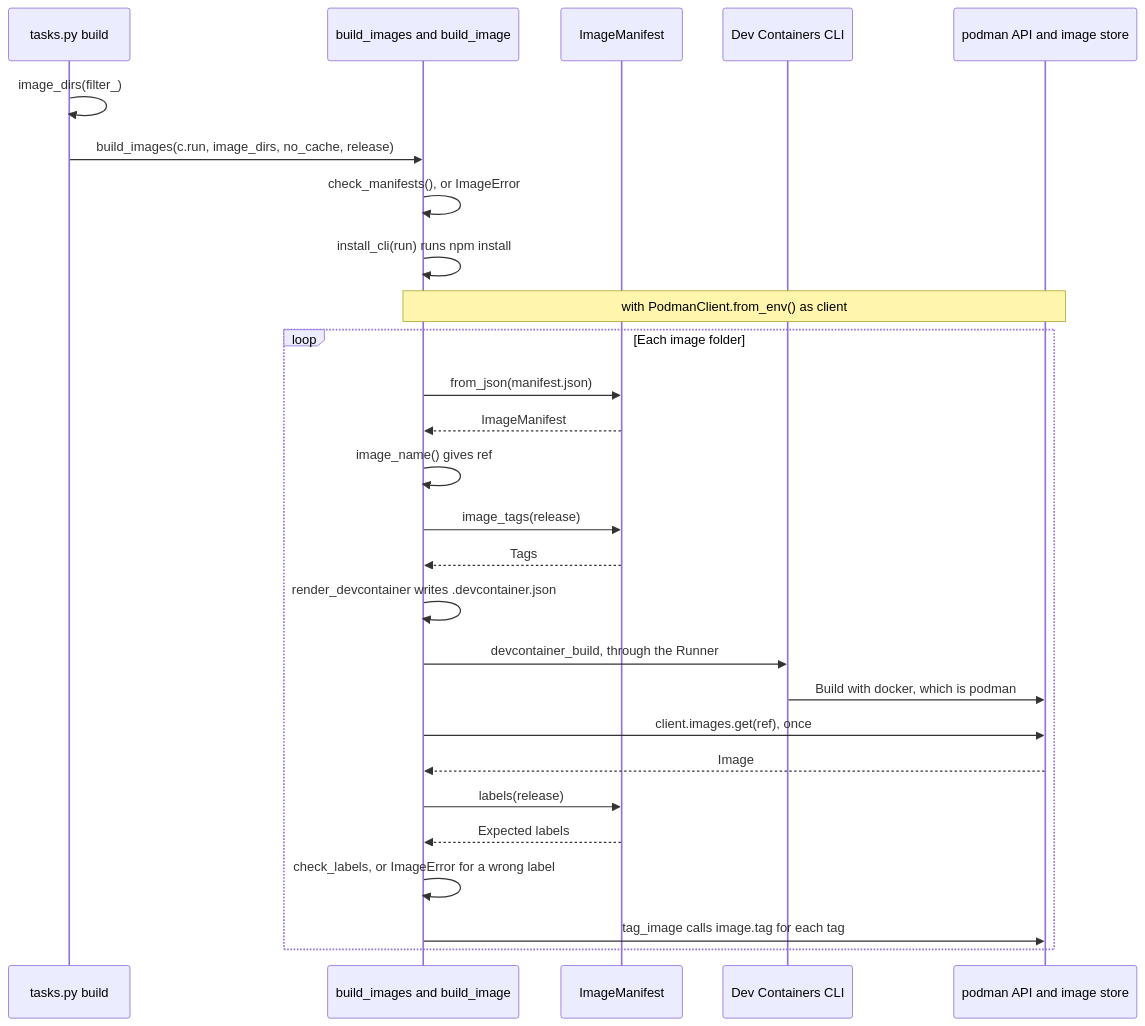
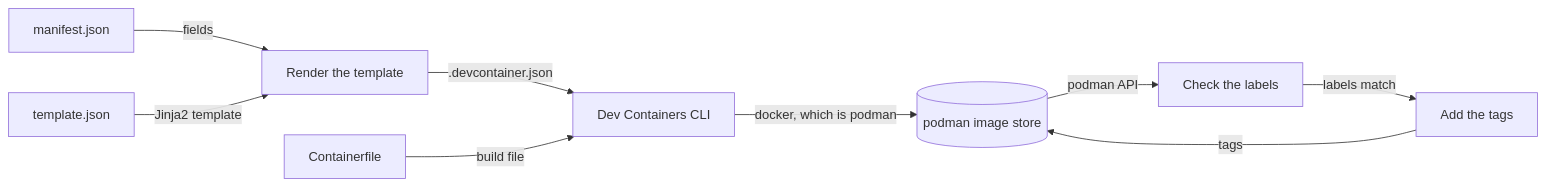
One commit to froazin/devcontainers changed the diagram in docs/images/builds.md. Above: the diagram before and after it, drawn with Mermaid. The commit also changed other lines of this file and 8 other files, not shown here.

````diff
--- a/docs/images/builds.md
+++ b/docs/images/builds.md
@@ -17,31 +16,13 @@
 ```mermaid
-sequenceDiagram
-    accTitle: Building and tagging the images
-    accDescr: The build task in tasks.py finds the image folders with image_dirs and calls build_images. build_images first runs check_manifests on every image. It then runs npm install through install_cli and opens one podman client in a with block. For each image folder, build_image loads the manifest and works out the image name and its tags, which end in -dev for a dev build. It renders .devcontainer.json and runs the Dev Containers CLI through the Runner. The CLI builds with docker, which is podman. build_image then gets the built image from podman once, checks its labels against the manifest's and tags it once for each tag.
-    participant task as tasks.py build
-    participant build as build_images and build_image
-    participant manifest as ImageManifest
-    participant cli as Dev Containers CLI
-    participant podman as podman API and image store
-    task->>task: image_dirs(filter_)
-    task->>build: build_images(c.run, image_dirs, no_cache, release)
-    build->>build: check_manifests(), or ImageError
-    build->>build: install_cli(run) runs npm install
-    Note over build,podman: with PodmanClient.from_env() as client
-    loop Each image folder
-        build->>manifest: from_json(manifest.json)
-        manifest-->>build: ImageManifest
-        build->>build: image_name() gives ref
-        build->>manifest: image_tags(release)
-        manifest-->>build: Tags
-        build->>build: render_devcontainer writes .devcontainer.json
-        build->>cli: devcontainer_build, through the Runner
-        cli->>podman: Build with docker, which is podman
-        build->>podman: client.images.get(ref), once
-        podman-->>build: Image
-        build->>manifest: labels(release)
-        manifest-->>build: Expected labels
-        build->>build: check_labels, or ImageError for a wrong label
-        build->>podman: tag_image calls image.tag for each tag
-    end
+flowchart LR
+    accTitle: How an image is built and tagged
+    accDescr: The build renders manifest.json and template.json into .devcontainer.json. The Dev Containers CLI builds the image from it and the Containerfile, by running docker, which is podman. The image lands in podman's image store. The build then reads the image through the podman API, checks its labels against the manifest and adds its tags.
+    manifest[manifest.json] -->|fields| render[Render the template]
+    template[template.json] -->|Jinja2 template| render
+    render -->|.devcontainer.json| cli[Dev Containers CLI]
+    containerfile[Containerfile] -->|build file| cli
+    cli -->|docker, which is podman| store[(podman image store)]
+    store -->|podman API| check[Check the labels]
+    check -->|labels match| tag[Add the tags]
+    tag -->|tags| store
 ```
````
